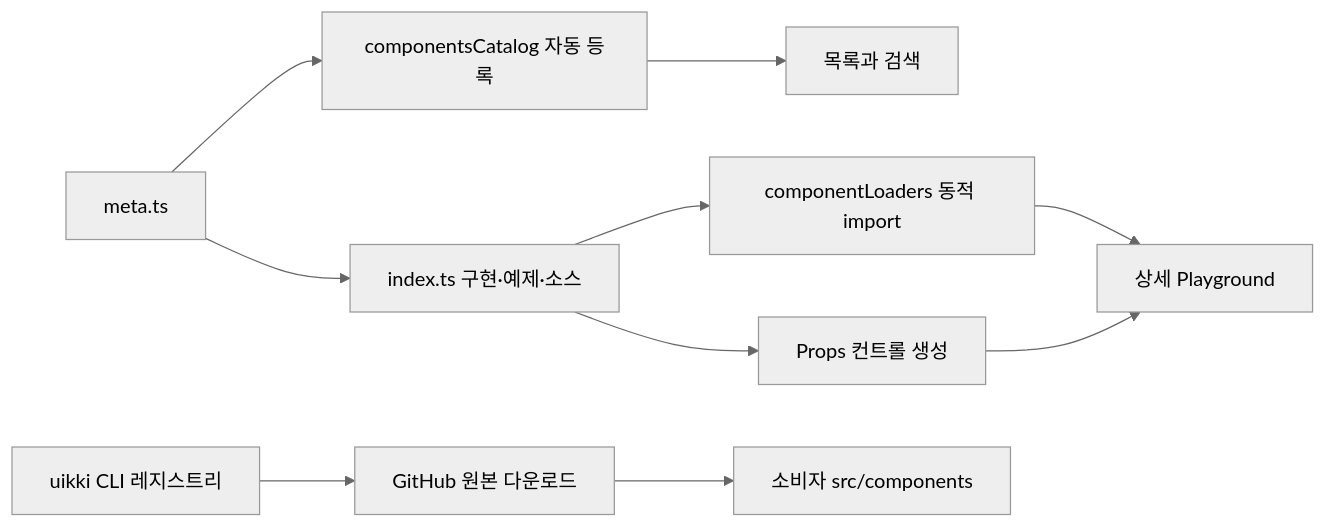
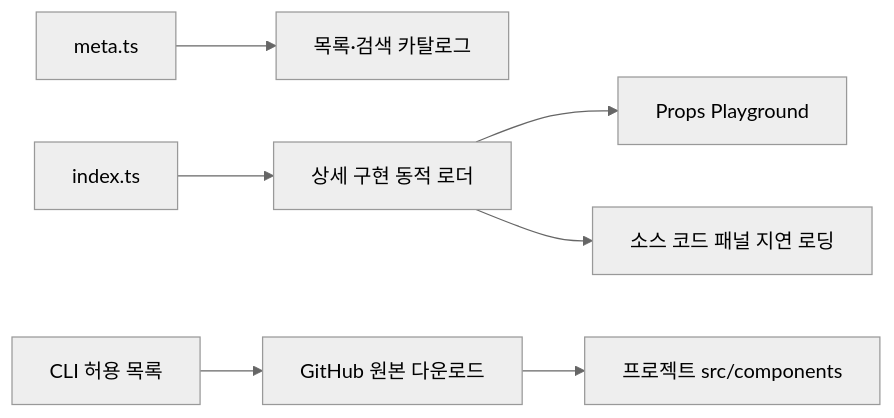
The diagram in README.md (dmswl6310/Uikki-uikki), drawn with Mermaid (neutral theme) before and after one commit. The commit also changed other lines of this file and 1 other file, not shown here.

Commit message:
docs: 프로젝트와 CLI README 사용 안내 정리

````diff
--- a/README.md
+++ b/README.md
@@ -35,12 +114,9 @@
 ```mermaid
 flowchart LR
-  A[meta.ts] --> B[componentsCatalog 자동 등록]
-  B --> C[목록과 검색]
-  D[index.ts 구현·예제·소스] --> E[componentLoaders 동적 import]
-  A --> D
-  E --> F[상세 Playground]
-  D --> G[Props 컨트롤 생성]
-  G --> F
-  H[uikki CLI 레지스트리] --> I[GitHub 원본 다운로드]
-  I --> J[소비자 src/components]
+  A[meta.ts] --> B[목록·검색 카탈로그]
+  C[index.ts] --> D[상세 구현 동적 로더]
+  D --> E[Props Playground]
+  D --> F[소스 코드 패널 지연 로딩]
+  G[CLI 허용 목록] --> H[GitHub 원본 다운로드]
+  H --> I[프로젝트 src/components]
 ```
````
